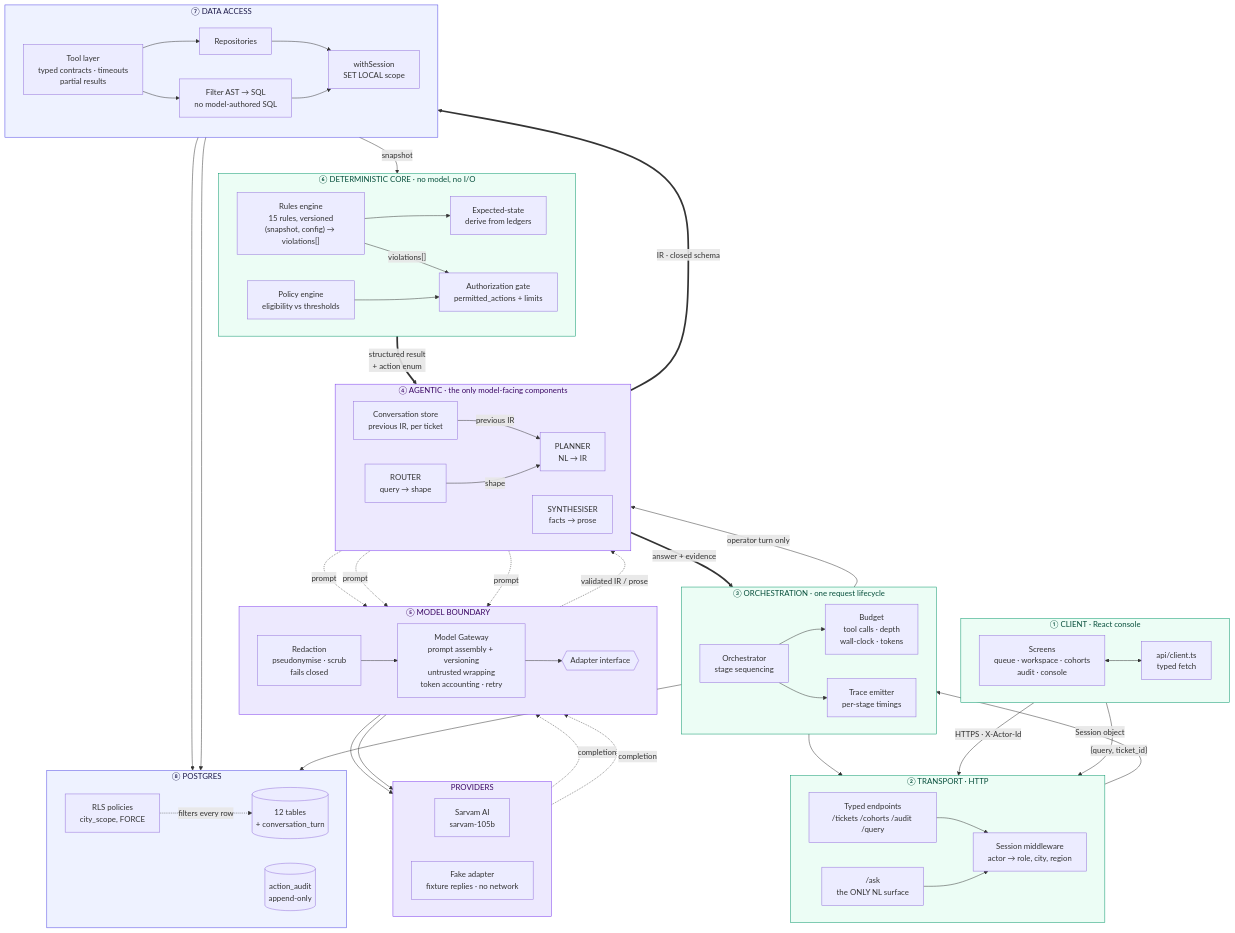
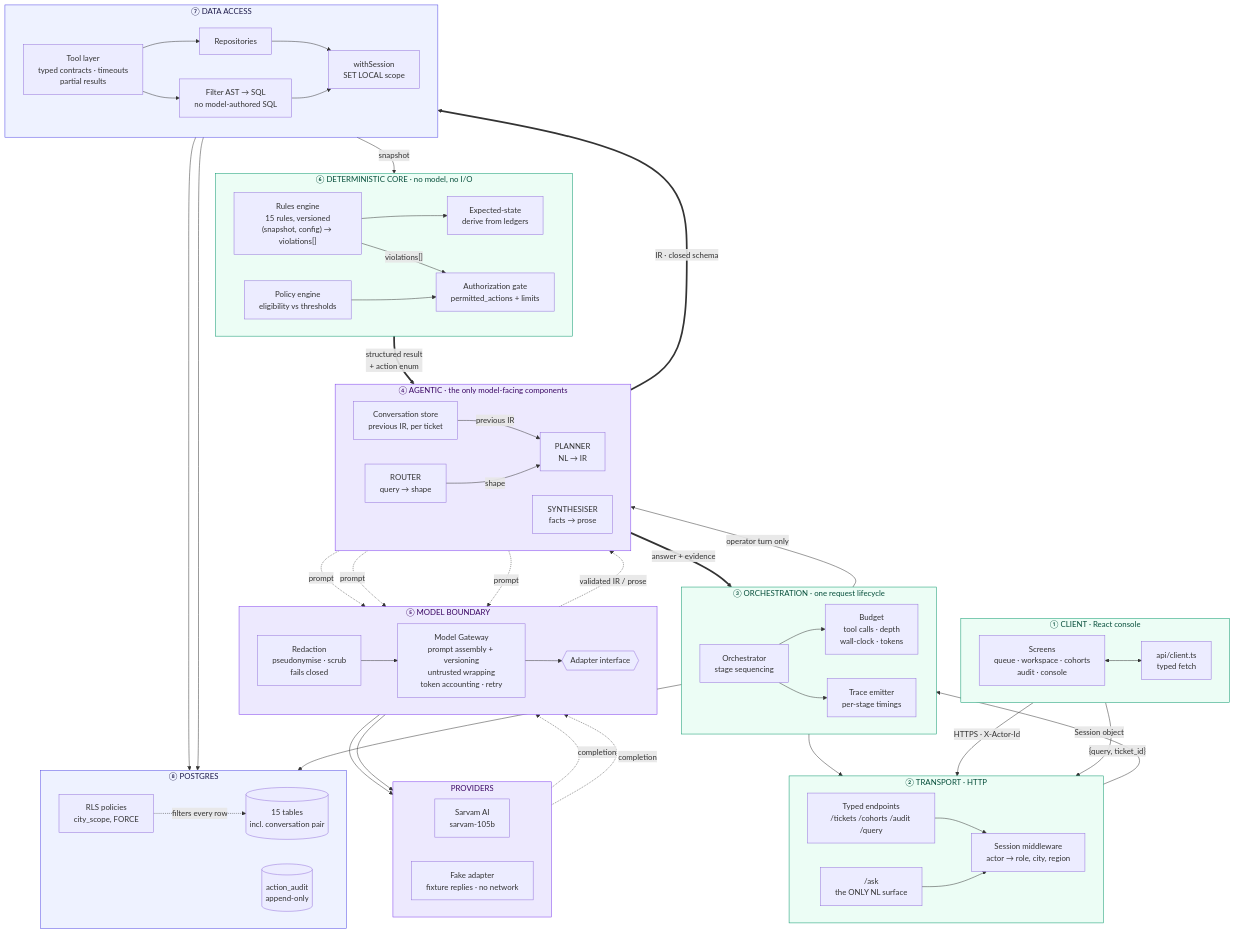
Before and after one commit to phoenixsac/c24-operations-copilot: the second of 14 diagrams in docs/DESIGN.md, drawn with Mermaid. The commit also changed other lines of this file and 17 other files, not shown here.

```diff
--- a/docs/DESIGN.md
+++ b/docs/DESIGN.md
@@ -216,7 +216,7 @@
 
     subgraph L8["⑧ POSTGRES"]
         direction LR
-        TABLES[("12 tables<br/>+ conversation_turn")]
+        TABLES[("15 tables<br/>incl. conversation pair")]
         RLSPOL["RLS policies<br/>city_scope, FORCE"]
         AUDITT[("action_audit<br/>append-only")]
     end
```
